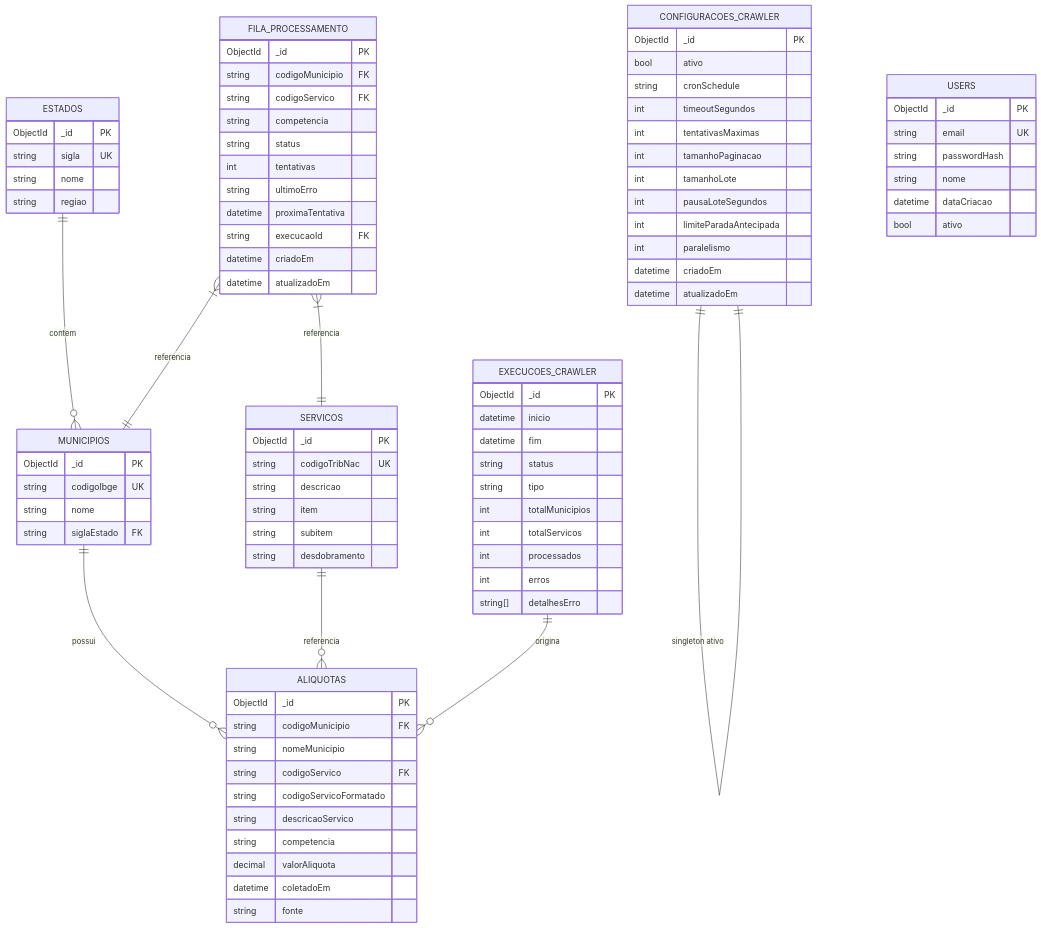
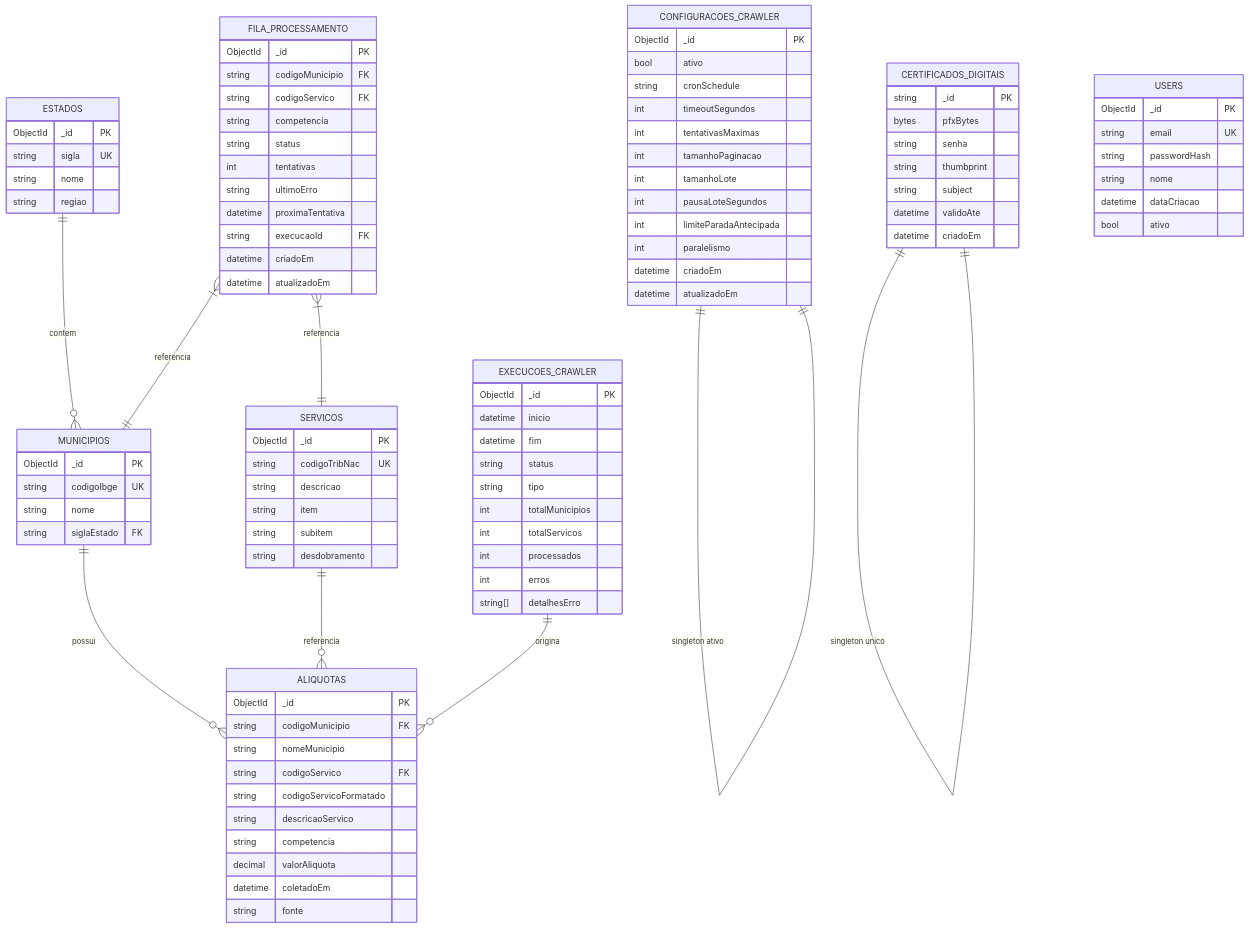
The third of 8 diagrams in docs/technical-doc.md (john182/poc-open-spec), drawn with Mermaid before and after one commit. The commit also changed other lines of this file and 5 other files, not shown here.

````diff
--- a/docs/technical-doc.md
+++ b/docs/technical-doc.md
@@ -134,6 +134,7 @@
     FILA_PROCESSAMENTO }|--|| MUNICIPIOS : "referencia"
     FILA_PROCESSAMENTO }|--|| SERVICOS : "referencia"
     CONFIGURACOES_CRAWLER ||--|| CONFIGURACOES_CRAWLER : "singleton ativo"
+    CERTIFICADOS_DIGITAIS ||--|| CERTIFICADOS_DIGITAIS : "singleton unico"
 
     ESTADOS {
         ObjectId _id PK
@@ -221,4 +222,14 @@
         datetime criadoEm
         datetime atualizadoEm
     }
+
+    CERTIFICADOS_DIGITAIS {
+        string _id PK
+        bytes pfxBytes
+        string senha
+        string thumbprint
+        string subject
+        datetime validoAte
+        datetime criadoEm
+    }
 ```
````
